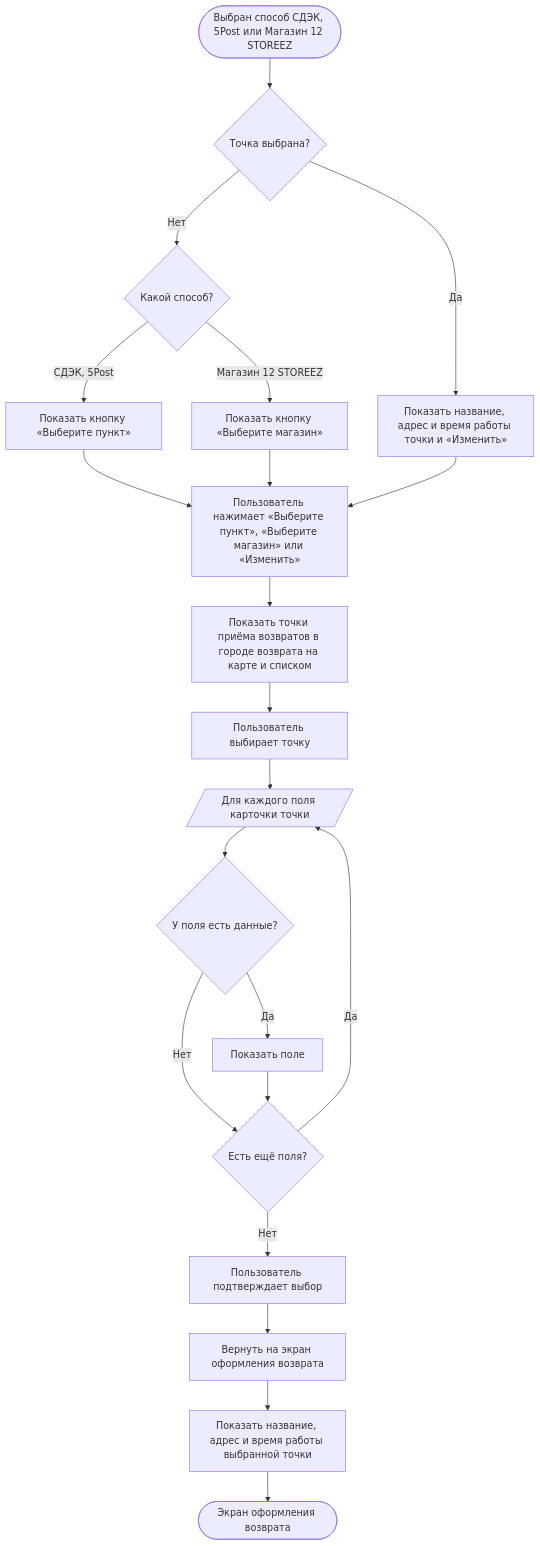
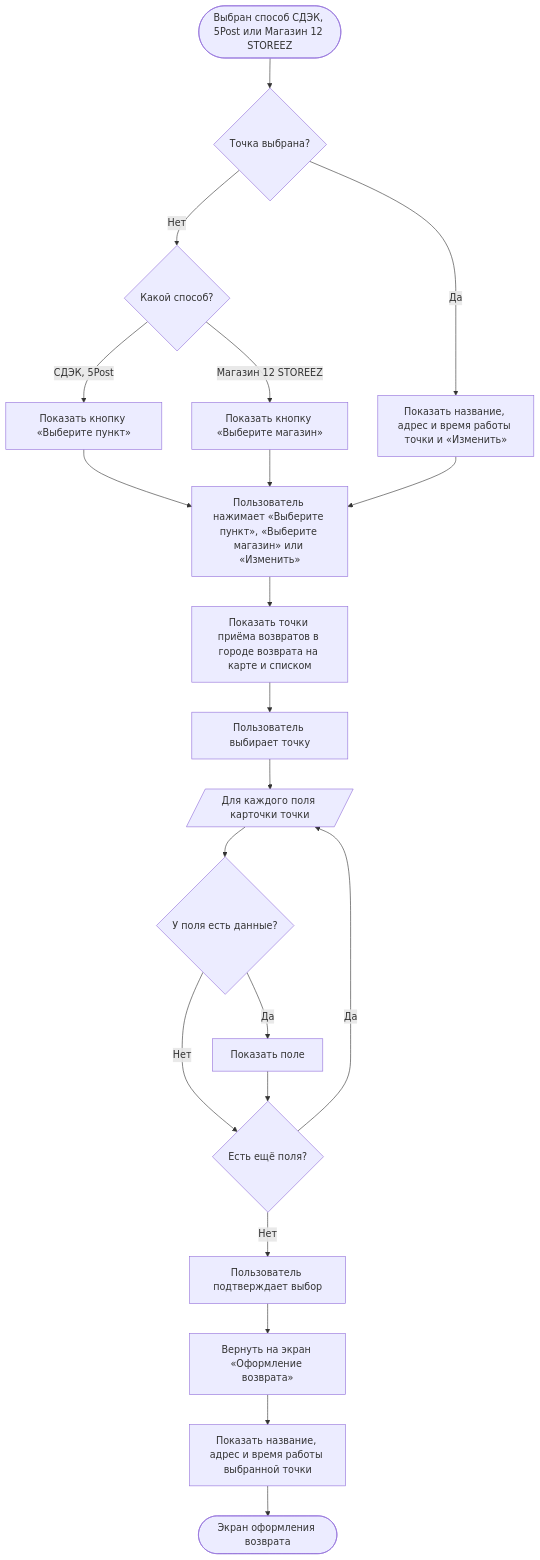
Diagram 13 of 24 in projects/returns-2.0/requirements/srs/srs-mobile-mvp.md (Terinss155/opencode-agents-analysis), drawn with Mermaid before and after one commit. The commit also changed other lines of this file and 135 other files, not shown here.

````diff
--- a/projects/returns-2.0/requirements/srs/srs-mobile-mvp.md
+++ b/projects/returns-2.0/requirements/srs/srs-mobile-mvp.md
@@ -743,23 +792,23 @@
 ```mermaid
 flowchart TD
     S([Выбран способ СДЭК, 5Post или Магазин 12 STOREEZ]) --> A{"Точка выбрана?"}
     A -->|Нет| A1{"Какой способ?"}
     A1 -->|СДЭК, 5Post| A2["Показать кнопку «Выберите пункт»"]
     A1 -->|Магазин 12 STOREEZ| A3["Показать кнопку «Выберите магазин»"]
     A -->|Да| A4["Показать название, адрес и время работы точки и «Изменить»"]
     A2 --> B["Пользователь нажимает «Выберите пункт», «Выберите магазин» или «Изменить»"]
     A3 --> B
     A4 --> B
     B --> D["Показать точки приёма возвратов в городе возврата на карте и списком"]
     D --> E["Пользователь выбирает точку"]
     E --> P[/"Для каждого поля карточки точки"/]
     P --> G1{"У поля есть данные?"}
     G1 -->|Да| G2["Показать поле"]
     G1 -->|Нет| G3
     G2 --> G3{"Есть ещё поля?"}
     G3 -->|Да| P
     G3 -->|Нет| H["Пользователь подтверждает выбор"]
-    H --> I["Вернуть на экран оформления возврата"]
+    H --> I["Вернуть на экран «Оформление возврата»"]
     I --> I1["Показать название, адрес и время работы выбранной точки"]
     I1 --> Z([Экран оформления возврата])
 ```
````
